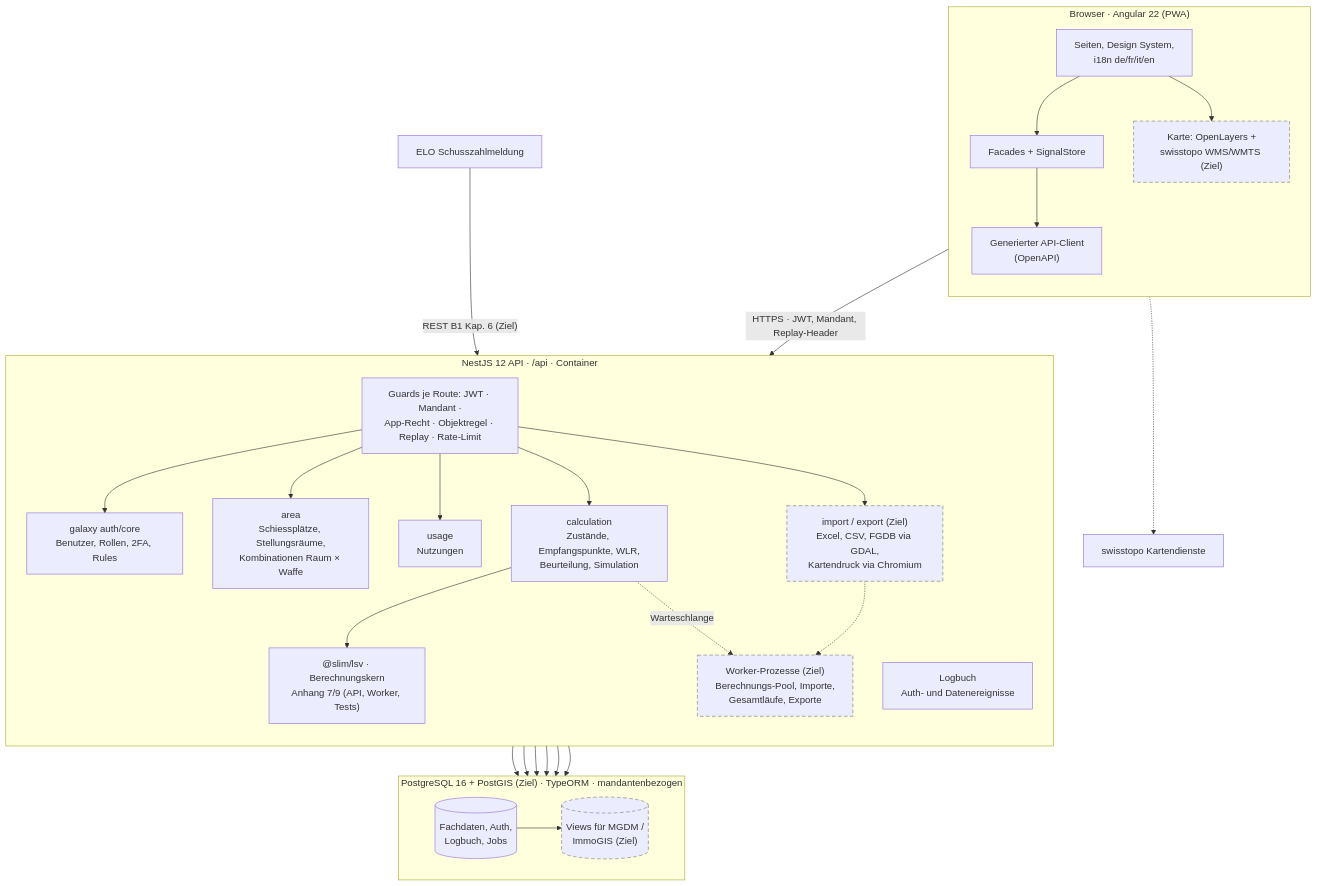
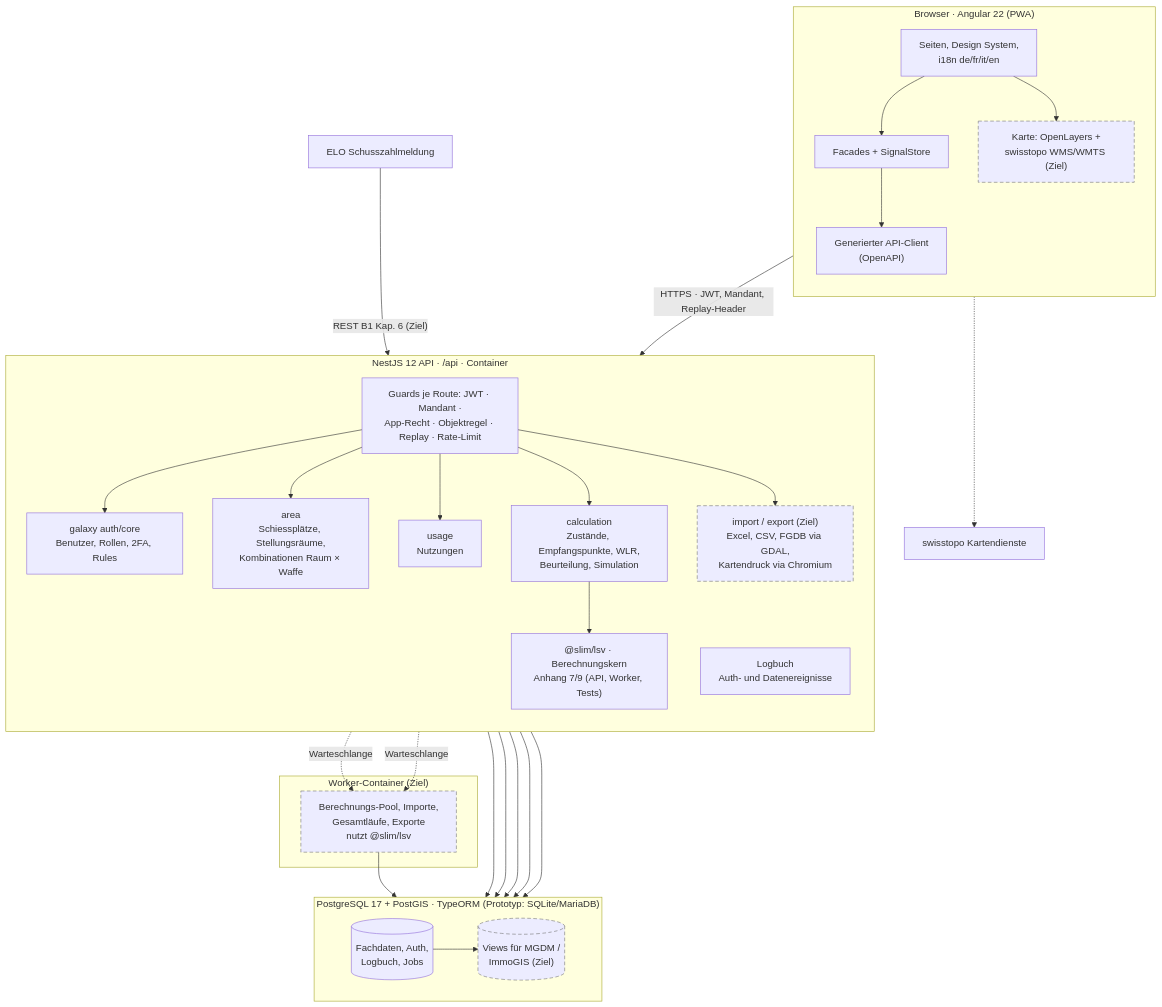
One commit to WeslleyDeSouza/slim-shooting-range-noise-management changed the first of 5 diagrams in docs/anforderungskatalog/C2-Loesungskonzept-SLIM.md. Above: the diagram before and after it, drawn with Mermaid. The commit also changed other lines of this file and 5 other files, not shown here.

````diff
--- a/docs/anforderungskatalog/C2-Loesungskonzept-SLIM.md
+++ b/docs/anforderungskatalog/C2-Loesungskonzept-SLIM.md
@@ -17,41 +17,43 @@
 ```mermaid
 flowchart TB
   subgraph Client["Browser · Angular 22 (PWA)"]
     direction TB
     APP["Seiten, Design System,<br/>i18n de/fr/it/en"]
     FACADE["Facades + SignalStore"]
     CLIENT["Generierter API-Client<br/>(OpenAPI)"]
     MAP["Karte: OpenLayers +<br/>swisstopo WMS/WMTS (Ziel)"]:::target
     APP --> FACADE --> CLIENT
     APP --> MAP
   end
   subgraph Server["NestJS 12 API · /api · Container"]
     direction TB
     GUARDS["Guards je Route: JWT · Mandant ·<br/>App-Recht · Objektregel · Replay · Rate-Limit"]
     GALAXY["galaxy auth/core<br/>Benutzer, Rollen, 2FA, Rules"]
     AREA["area<br/>Schiessplätze, Stellungsräume,<br/>Kombinationen Raum × Waffe"]
     USAGE["usage<br/>Nutzungen"]
     CALC["calculation<br/>Zustände, Empfangspunkte, WLR,<br/>Beurteilung, Simulation"]
     IO["import / export (Ziel)<br/>Excel, CSV, FGDB via GDAL,<br/>Kartendruck via Chromium"]:::target
     LSV["@slim/lsv · Berechnungskern<br/>Anhang 7/9 (API, Worker, Tests)"]
     LOG["Logbuch<br/>Auth- und Datenereignisse"]
-    JOBS["Worker-Prozesse (Ziel)<br/>Berechnungs-Pool, Importe,<br/>Gesamtläufe, Exporte"]:::target
     GUARDS --> GALAXY & AREA & USAGE & CALC & IO
     CALC --> LSV
-    CALC -. "Warteschlange" .-> JOBS
-    IO -.-> JOBS
   end
-  subgraph Data["PostgreSQL 16 + PostGIS (Ziel) · TypeORM · mandantenbezogen"]
+  subgraph Worker["Worker-Container (Ziel)"]
+    JOBS["Berechnungs-Pool, Importe,<br/>Gesamtläufe, Exporte<br/>nutzt @slim/lsv"]:::target
+  end
+  CALC -. "Warteschlange" .-> JOBS
+  IO -. "Warteschlange" .-> JOBS
+  subgraph Data["PostgreSQL 17 + PostGIS · TypeORM (Prototyp: SQLite/MariaDB)"]
     direction LR
     DB[("Fachdaten, Auth,<br/>Logbuch, Jobs")]
     VIEWS[("Views für MGDM /<br/>ImmoGIS (Ziel)")]:::target
   end
   ELO["ELO Schusszahlmeldung"]
   GEO["swisstopo Kartendienste"]
   CLIENT -- "HTTPS · JWT, Mandant, Replay-Header" --> GUARDS
   ELO -- "REST B1 Kap. 6 (Ziel)" --> GUARDS
   MAP -.-> GEO
   AREA & USAGE & CALC & GALAXY & LOG & JOBS --> DB
   DB --> VIEWS
   classDef target stroke-dasharray:6 4,stroke:#777;
 ```
````
